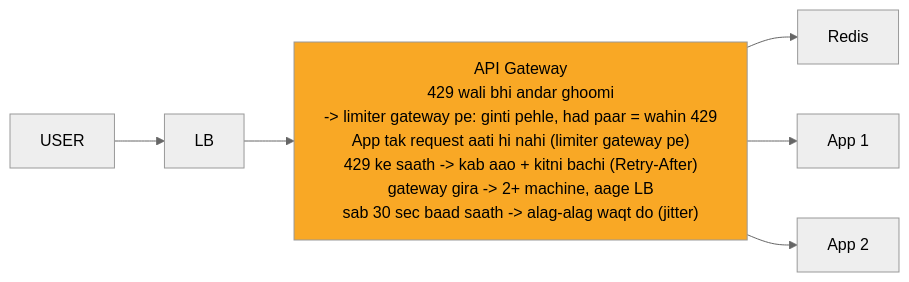
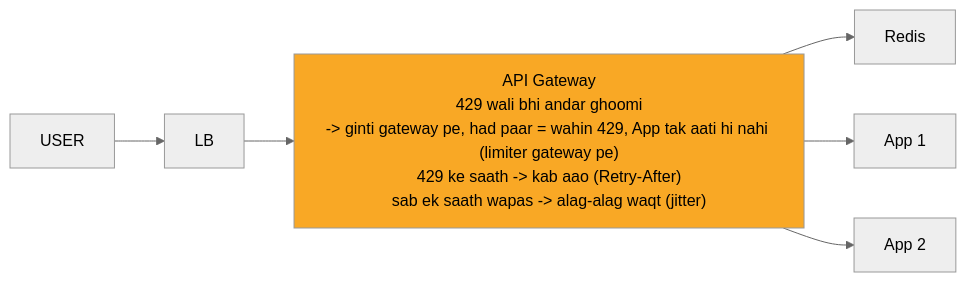
The diagram in 04_HLD/SYSTEM_DESIGNS/02_rate_limiter/img/c3.mmd (ArpanMaheshwari144/Prep), drawn with Mermaid (neutral theme) before and after one commit. The commit also changed 64 other files, not shown here.

Commit message:
url + rate limiter: peele dabbe chhote; rate limiter SHURU me token bucket ki tasveer; kafka card 6 shabd (ISR wali copy)

```diff
--- a/04_HLD/SYSTEM_DESIGNS/02_rate_limiter/img/c3.mmd
+++ b/04_HLD/SYSTEM_DESIGNS/02_rate_limiter/img/c3.mmd
@@ -1,14 +1,14 @@
 %%{init: {"flowchart": {"wrappingWidth": 450}}}%%
 flowchart LR
     n_USER["USER"]
     n_LB["LB"]
-    n_API_Gateway["API Gateway<br/>429 wali bhi andar ghoomi<br/>-> limiter gateway pe: ginti pehle, had paar = wahin 429<br/>App tak request aati hi nahi (limiter gateway pe)<br/>429 ke saath -> kab aao + kitni bachi (Retry-After)<br/>gateway gira -> 2+ machine, aage LB<br/>sab 30 sec baad saath -> alag-alag waqt do (jitter)"]
+    n_API_Gateway["API Gateway<br/>429 wali bhi andar ghoomi<br/>-> ginti gateway pe, had paar = wahin 429, App tak aati hi nahi (limiter gateway pe)<br/>429 ke saath -> kab aao (Retry-After)<br/>sab ek saath wapas -> alag-alag waqt (jitter)"]
     n_Redis["Redis"]
     n_App_x_N_1["App 1"]
     n_App_x_N_2["App 2"]
     n_USER --> n_LB
     n_LB --> n_API_Gateway
     n_API_Gateway --> n_Redis
     n_API_Gateway --> n_App_x_N_1
     n_API_Gateway --> n_App_x_N_2
     style n_API_Gateway fill:#f9a825,color:#000
```
